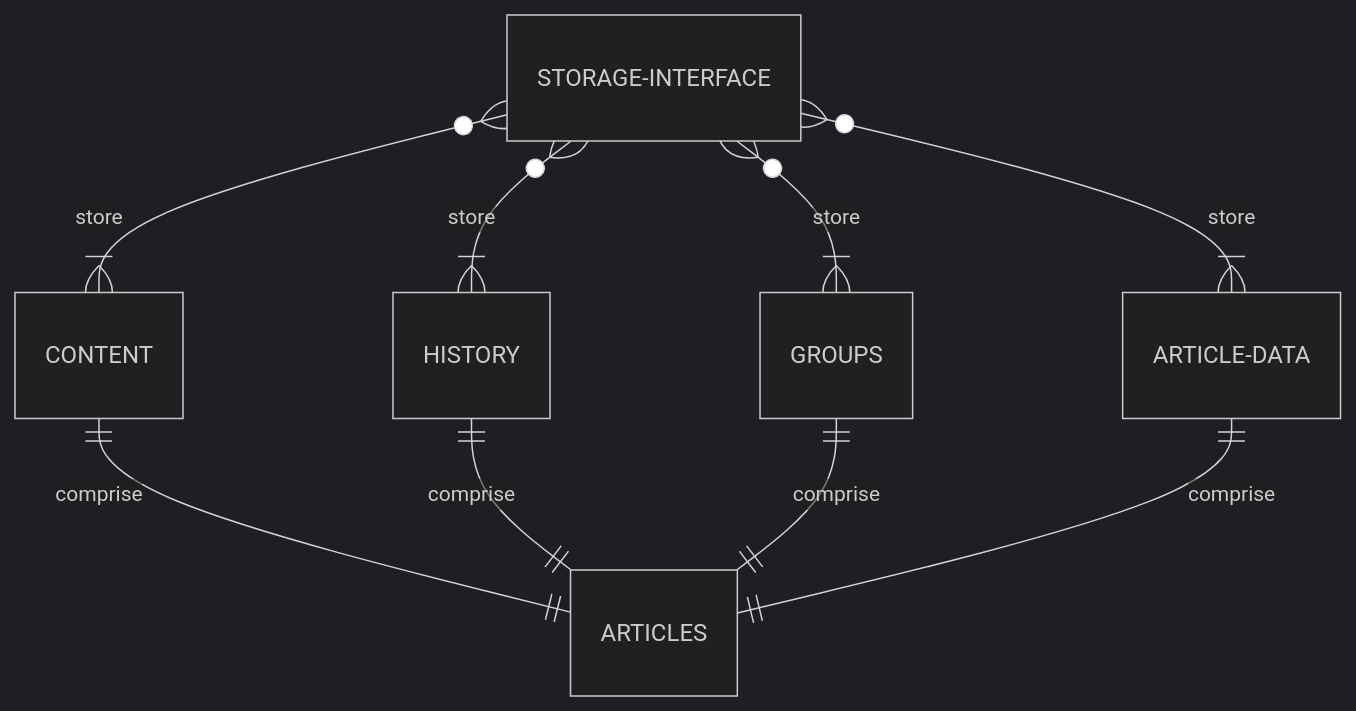
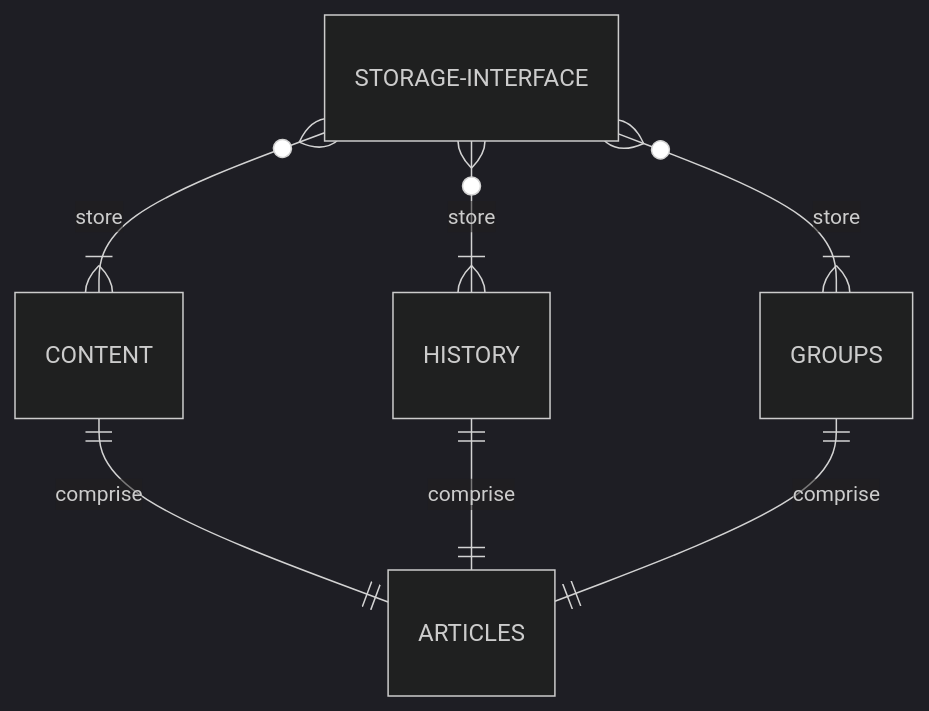
One commit to roughdrafts-xyz/Linki changed the third of 6 diagrams in README.md. Above: the diagram before and after it, drawn with Mermaid (dark theme). The commit also changed other lines of this file, not shown here.

````diff
--- a/README.md
+++ b/README.md
@@ -40,11 +39,9 @@
 ```mermaid
 erDiagram
-    CONTENT||--||ARTICLES: comprise
-    HISTORY||--||ARTICLES: comprise
-    GROUPS||--||ARTICLES: comprise
-    ARTICLE-DATA||--||ARTICLES: comprise
-    STORAGE-INTERFACE}o--|{ARTICLE-DATA: store
-    STORAGE-INTERFACE}o--|{HISTORY: store
-    STORAGE-INTERFACE}o--|{GROUPS: store
-    STORAGE-INTERFACE}o--|{CONTENT: store
+CONTENT||--||ARTICLES: comprise
+HISTORY||--||ARTICLES: comprise
+GROUPS||--||ARTICLES: comprise
+STORAGE-INTERFACE}o--|{HISTORY: store
+STORAGE-INTERFACE}o--|{GROUPS: store
+STORAGE-INTERFACE}o--|{CONTENT: store
 ```
````
